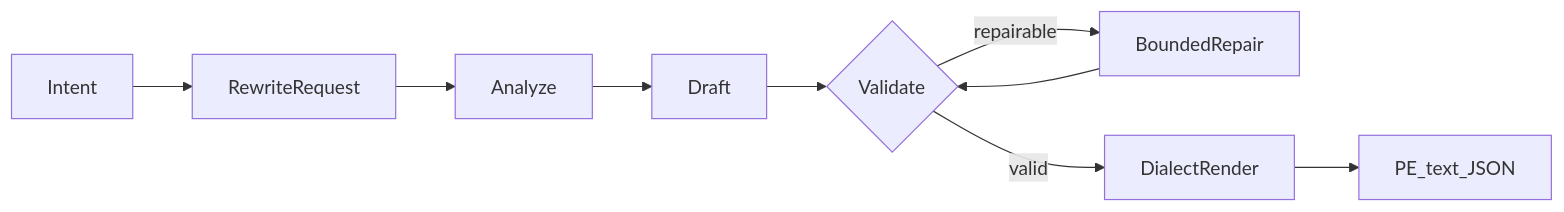
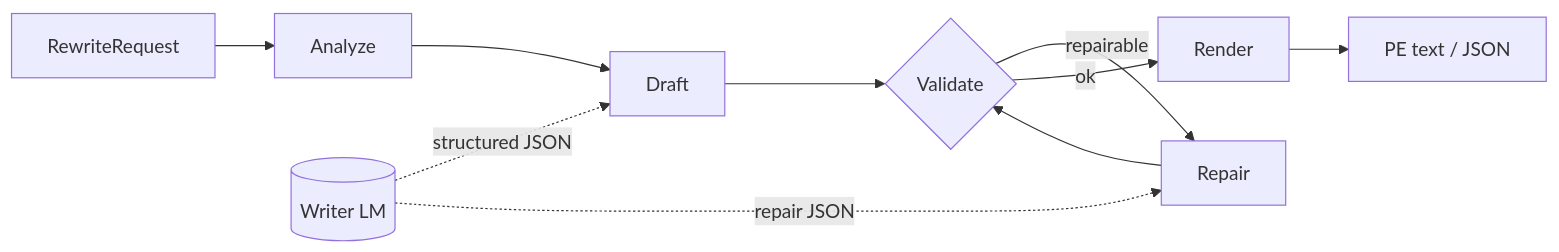
Before and after one commit to WayneJin0918/Omni-Rewriter: the diagram in README.md, drawn with Mermaid. The commit also changed other lines of this file and 1 other file, not shown here.

First line of the commit message:
Clarify README flow ownership and separate Writer LM support.

````diff
--- a/README.md
+++ b/README.md
@@ -69,11 +70,12 @@
 ```mermaid
 flowchart LR
-  intent[Intent] --> request[RewriteRequest]
-  request --> analyze[Analyze]
+  req[RewriteRequest] --> analyze[Analyze]
   analyze --> draft[Draft]
   draft --> validate{Validate}
-  validate -->|repairable| repair[BoundedRepair]
+  validate -->|repairable| repair[Repair]
   repair --> validate
-  validate -->|valid| render[DialectRender]
-  render --> peText[PE_text_JSON]
+  validate -->|ok| render[Render]
+  render --> pe[PE text / JSON]
+  writer[(Writer LM)] -.->|structured JSON| draft
+  writer -.->|repair JSON| repair
 ```
````
